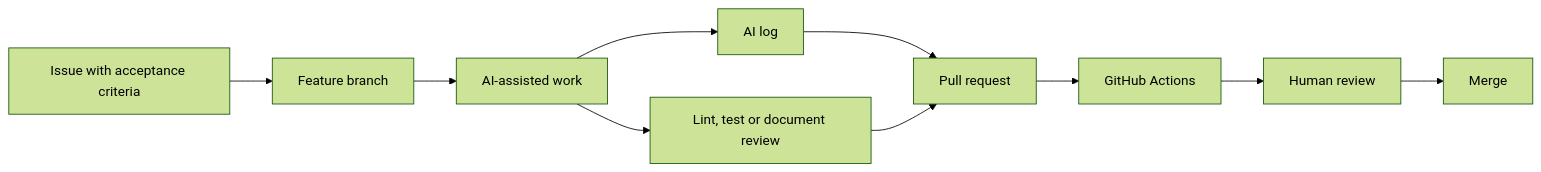
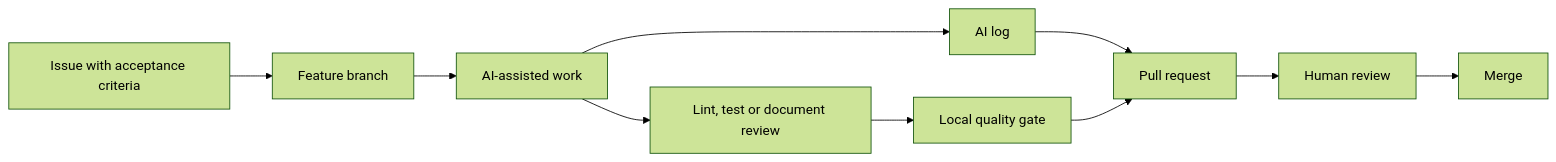
One commit to hungdinh82/p-126-public-deploy changed the diagram in docs/AI_LOG_SETUP.md. Above: the diagram before and after it, drawn with Mermaid (forest theme). The commit also changed other lines of this file and 13 other files, not shown here.

````diff
--- a/docs/AI_LOG_SETUP.md
+++ b/docs/AI_LOG_SETUP.md
@@ -108,18 +112,18 @@
 ```mermaid
 flowchart LR
     Issue[Issue with acceptance criteria]
     Branch[Feature branch]
     AI[AI-assisted work]
     Log[AI log]
     Test[Lint, test or document review]
     PR[Pull request]
-    CI[GitHub Actions]
+    Gate[Local quality gate]
     Review[Human review]
     Merge[Merge]
 
     Issue --> Branch --> AI
     AI --> Log
     AI --> Test
     Log --> PR
-    Test --> PR --> CI --> Review --> Merge
+    Test --> Gate --> PR --> Review --> Merge
 ```
````
